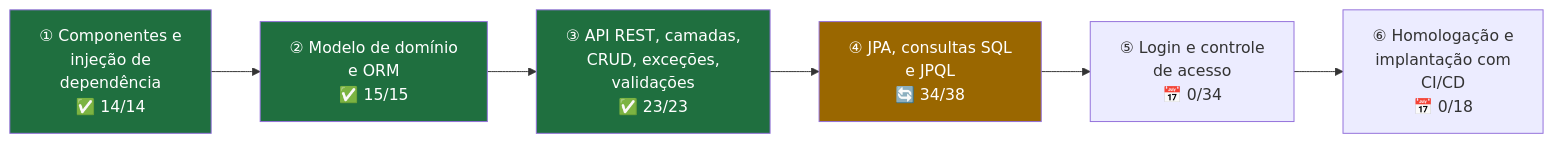
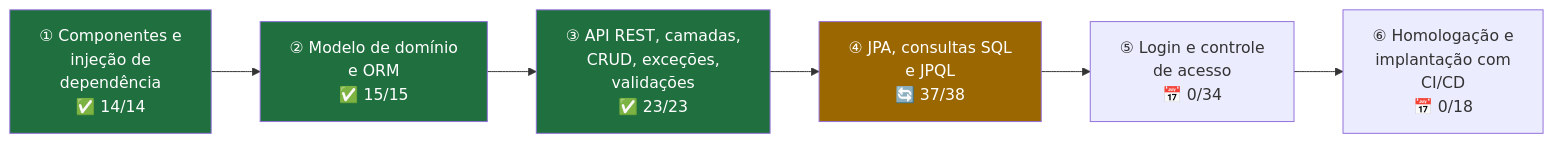
Before and after one commit to k3vinrich4rd/k3vinrich4rd: diagram 21 of 23 in README.md, drawn with Mermaid. The commit also changed other lines of this file and 4 other files, not shown here.

````diff
--- a/README.md
+++ b/README.md
@@ -2776,8 +2806,8 @@
 ```mermaid
 flowchart LR
-    C1["① Componentes e<br/>injeção de<br/>dependência<br/>✅ 14/14"] --> C2["② Modelo de domínio<br/>e ORM<br/>✅ 15/15"] --> C3["③ API REST, camadas,<br/>CRUD, exceções,<br/>validações<br/>✅ 23/23"] --> C4["④ JPA, consultas SQL<br/>e JPQL<br/>🔄 34/38"] --> C5["⑤ Login e controle<br/>de acesso<br/>📅 0/34"] --> C6["⑥ Homologação e<br/>implantação com<br/>CI/CD<br/>📅 0/18"]
+    C1["① Componentes e<br/>injeção de<br/>dependência<br/>✅ 14/14"] --> C2["② Modelo de domínio<br/>e ORM<br/>✅ 15/15"] --> C3["③ API REST, camadas,<br/>CRUD, exceções,<br/>validações<br/>✅ 23/23"] --> C4["④ JPA, consultas SQL<br/>e JPQL<br/>🔄 37/38"] --> C5["⑤ Login e controle<br/>de acesso<br/>📅 0/34"] --> C6["⑥ Homologação e<br/>implantação com<br/>CI/CD<br/>📅 0/18"]
     style C1 fill:#1f6f3f,color:#fff
     style C2 fill:#1f6f3f,color:#fff
     style C3 fill:#1f6f3f,color:#fff
     style C4 fill:#9a6700,color:#fff
 ```
````
